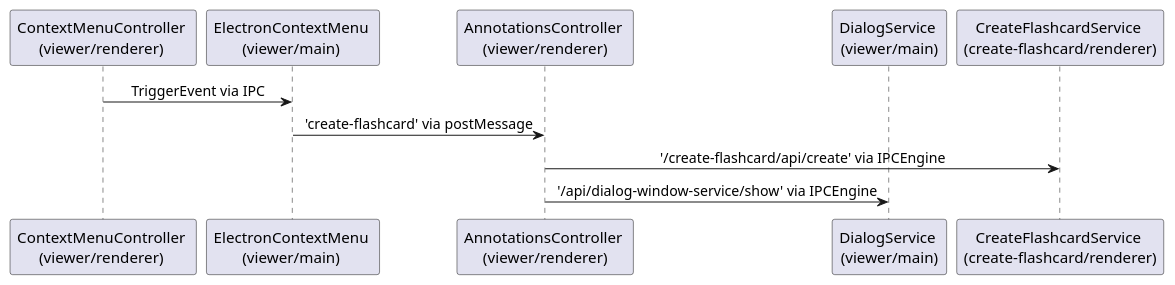
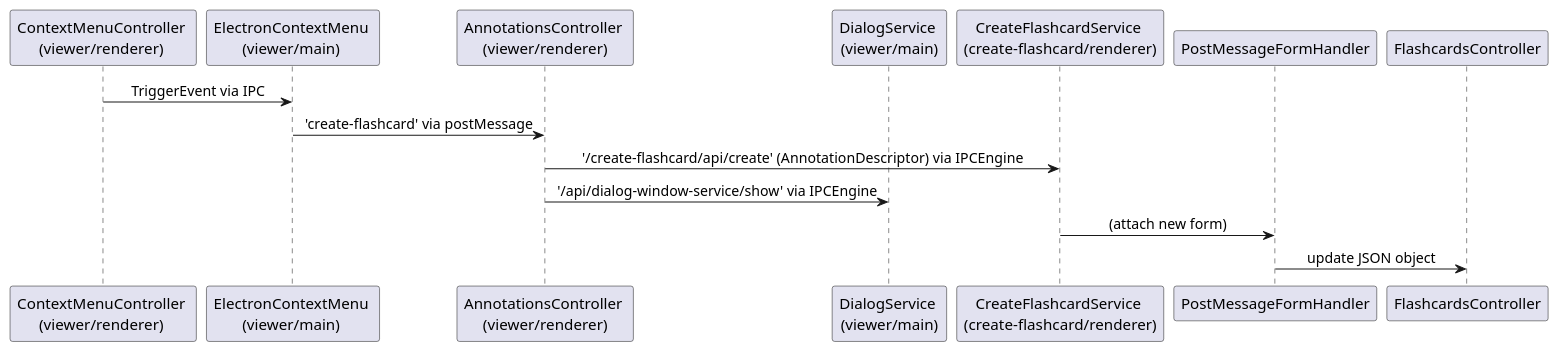
The diagram in docs/notes/create-flashcard.puml (polar-app/polar-app), drawn with PlantUML before and after one commit. The commit also changed 19 other files, not shown here.

```diff
--- a/docs/notes/create-flashcard.puml
+++ b/docs/notes/create-flashcard.puml
@@ -2,31 +2,34 @@
 @startuml
 
 skinparam {
 
     defaultFontSize 14
     defaultTextAlignment center
     defaultFontName Bitstream Vera Sans Mono
 
     ParticipantFontSize 15
     LifeLineFontSize 18
     NoteFontSize 14
     NoteBackgroundColor lightgrey
     NoteBorderColor black
  }
 
 participant "ContextMenuController \n(viewer/renderer) " AS ContextMenuController
 participant "ElectronContextMenu \n(viewer/main) " AS ElectronContextMenu
 participant "AnnotationsController \n(viewer/renderer)" AS AnnotationsController
 
 participant "DialogService \n(viewer/main)" AS DialogService
 participant "CreateFlashcardService \n(create-flashcard/renderer)" AS CreateFlashcardService
 
 ContextMenuController -> ElectronContextMenu: TriggerEvent via IPC
 ElectronContextMenu -> AnnotationsController: 'create-flashcard' via postMessage
 
-AnnotationsController -> CreateFlashcardService: '/create-flashcard/api/create' via IPCEngine
+AnnotationsController -> CreateFlashcardService: '/create-flashcard/api/create' (AnnotationDescriptor) via IPCEngine
 
 AnnotationsController -> DialogService: '/api/dialog-window-service/show' via IPCEngine
 
+CreateFlashcardService -> PostMessageFormHandler: (attach new form)
+
+PostMessageFormHandler -> FlashcardsController: update JSON object
 
 @enduml
```
